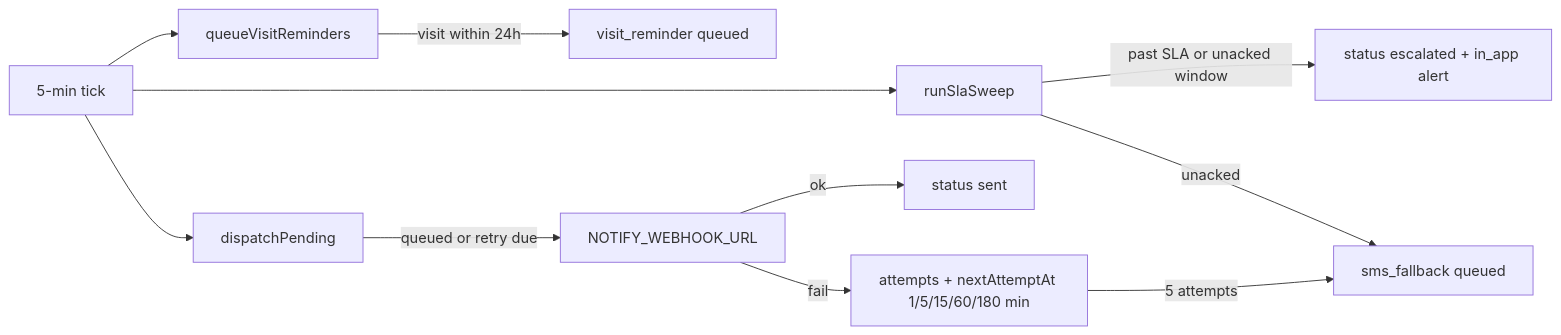
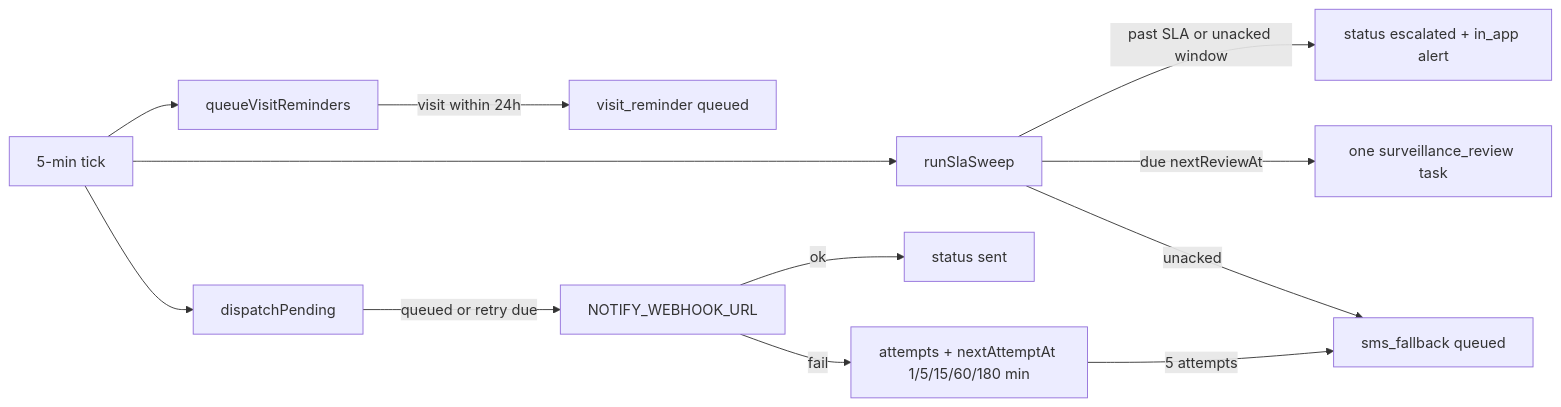
Before and after one commit to karume-labs/hermes: the fourth of 5 diagrams in docs/hermes-guide.md, drawn with Mermaid. The commit also changed other lines of this file and 2 other files, not shown here.

````diff
--- a/docs/hermes-guide.md
+++ b/docs/hermes-guide.md
@@ -586,13 +642,14 @@
 ```mermaid
 flowchart LR
   Cron[5-min tick] --> SLA[runSlaSweep]
   Cron --> Rem[queueVisitReminders]
   Cron --> Out[dispatchPending]
   SLA -->|past SLA or unacked window| Case[status escalated + in_app alert]
+  SLA -->|due nextReviewAt| Review[one surveillance_review task]
   SLA -->|unacked| SMS[sms_fallback queued]
   Rem -->|visit within 24h| Push[visit_reminder queued]
   Out -->|queued or retry due| Sink[NOTIFY_WEBHOOK_URL]
   Sink -->|ok| Sent[status sent]
   Sink -->|fail| Backoff[attempts + nextAttemptAt 1/5/15/60/180 min]
   Backoff -->|5 attempts| SMS
 ```
````
